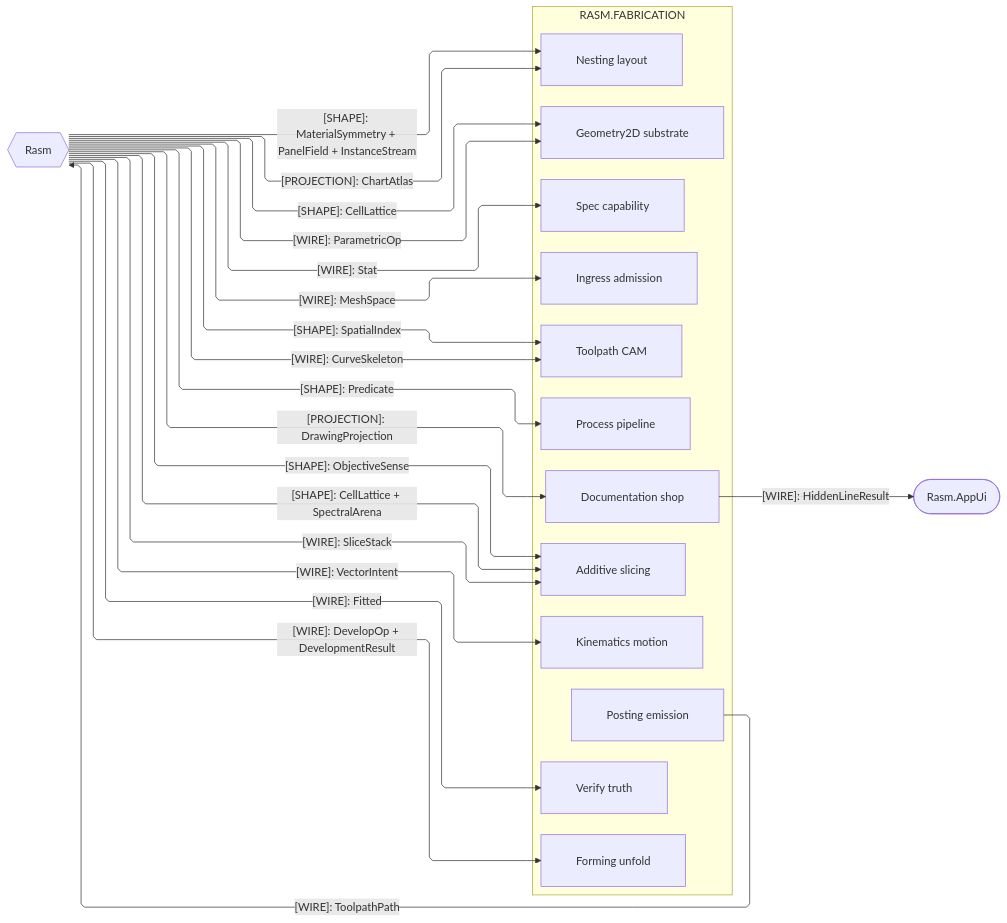
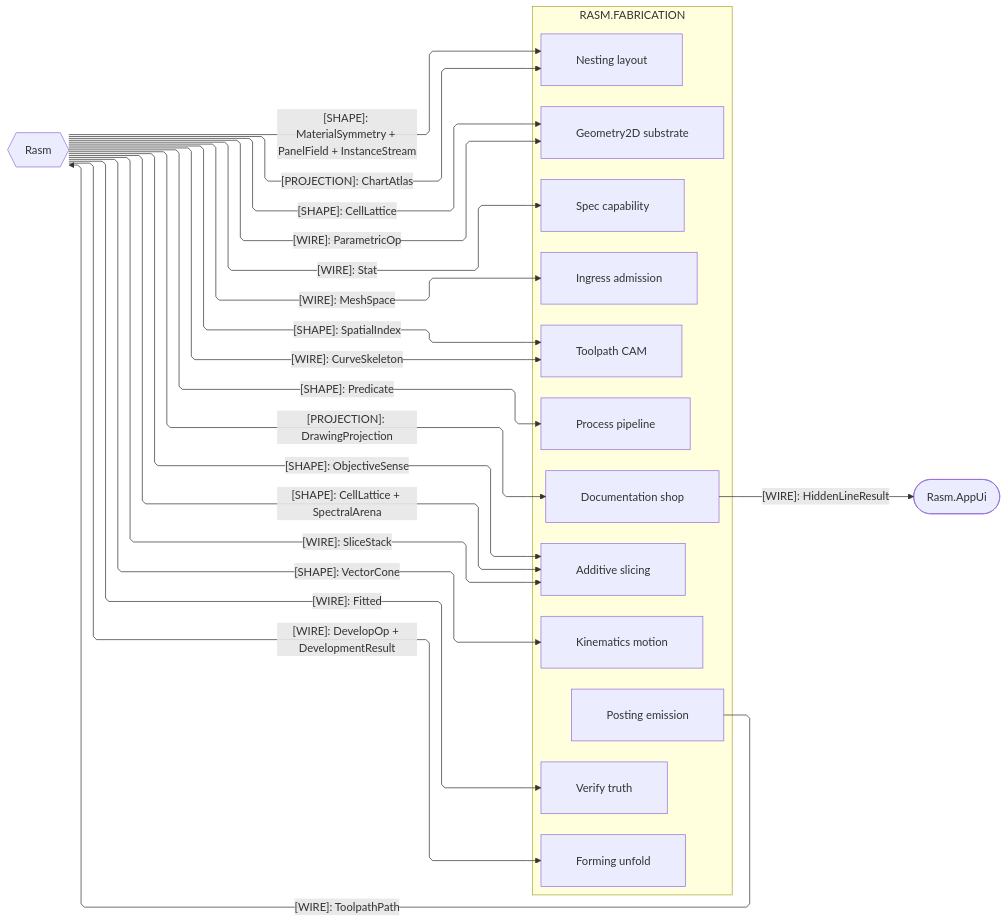
Before and after one commit to bsamiee/Rasm: the third of 4 diagrams in libs/dotnet/Rasm.Fabrication/ARCHITECTURE.md, drawn with Mermaid. The commit also changed 68 other files, not shown here.

````diff
--- a/libs/dotnet/Rasm.Fabrication/ARCHITECTURE.md
+++ b/libs/dotnet/Rasm.Fabrication/ARCHITECTURE.md
@@ -225,46 +225,46 @@
 ```mermaid
 ---
 config:
   layout: elk
   flowchart:
     curve: linear
     padding: 25
 ---
 flowchart LR
     accTitle: Fabrication kernel and platform interfaces
     accDescr: Which contracts cross between Fabrication, the kernel substrate, and the app-platform UI, one labeled edge per family.
     subgraph fabrication[RASM.FABRICATION]
         Process[Process pipeline]
         Ingress[Ingress admission]
         Geometry2D[Geometry2D substrate]
         Toolpath[Toolpath CAM]
         Additive[Additive slicing]
         Forming[Forming unfold]
         Kinematics[Kinematics motion]
         Nesting[Nesting layout]
         Spec[Spec capability]
         Verify[Verify truth]
         Documentation[Documentation shop]
         Posting[Posting emission]
     end
     Rasm{{Rasm}}
     AppUi([Rasm.AppUi])
     Rasm e1@-->|"[SHAPE]: Predicate"| Process
     Rasm e2@-->|"[WIRE]: MeshSpace"| Ingress
     Rasm e3@-->|"[WIRE]: ParametricOp"| Geometry2D
     Rasm e4@-->|"[WIRE]: CurveSkeleton"| Toolpath
     Rasm e5@-->|"[WIRE]: SliceStack"| Additive
     Rasm e6@-->|"[WIRE]: DevelopOp + DevelopmentResult"| Forming
-    Rasm e7@-->|"[WIRE]: VectorIntent"| Kinematics
+    Rasm e7@-->|"[SHAPE]: VectorCone"| Kinematics
     Rasm e8@-->|"[PROJECTION]: ChartAtlas"| Nesting
     Rasm e9@-->|"[WIRE]: Stat"| Spec
     Rasm e10@-->|"[WIRE]: Fitted"| Verify
     Rasm e11@-->|"[PROJECTION]: DrawingProjection"| Documentation
     Posting e12@-->|"[WIRE]: ToolpathPath"| Rasm
     Documentation e13@-->|"[WIRE]: HiddenLineResult"| AppUi
     Rasm e14@-->|"[SHAPE]: SpatialIndex"| Toolpath
     Rasm e15@-->|"[SHAPE]: CellLattice + SpectralArena"| Additive
     Rasm e16@-->|"[SHAPE]: CellLattice"| Geometry2D
     Rasm e17@-->|"[SHAPE]: ObjectiveSense"| Additive
     Rasm e18@-->|"[SHAPE]: MaterialSymmetry + PanelField + InstanceStream"| Nesting
 ```
````
